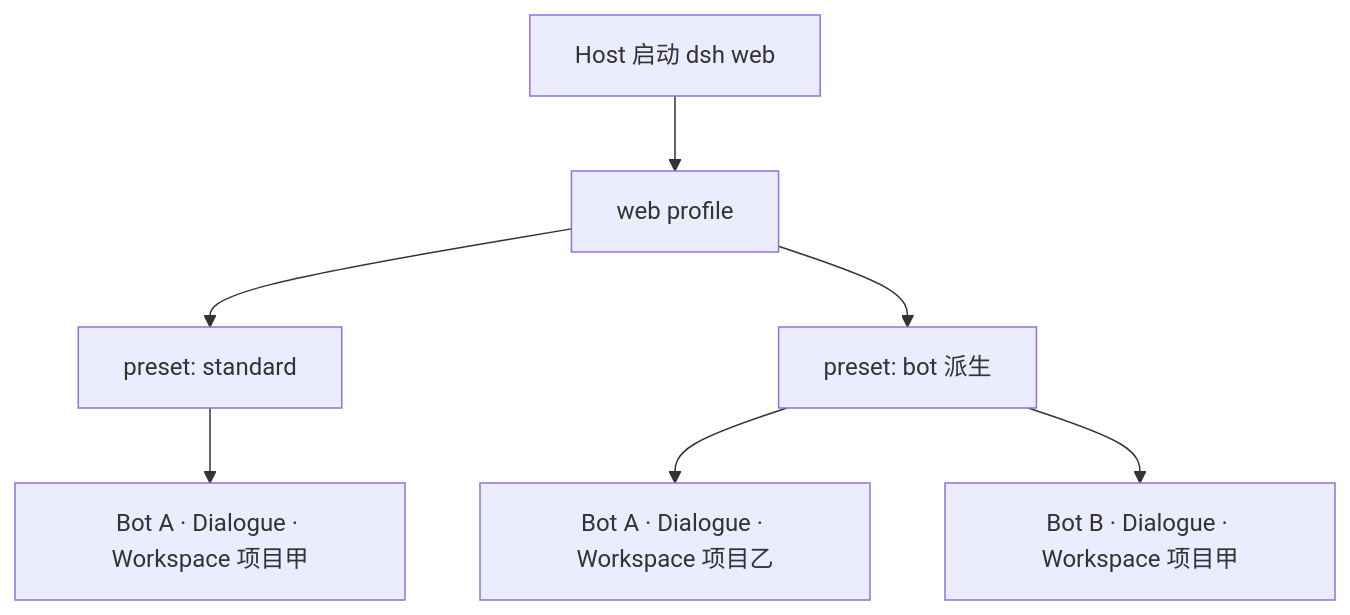
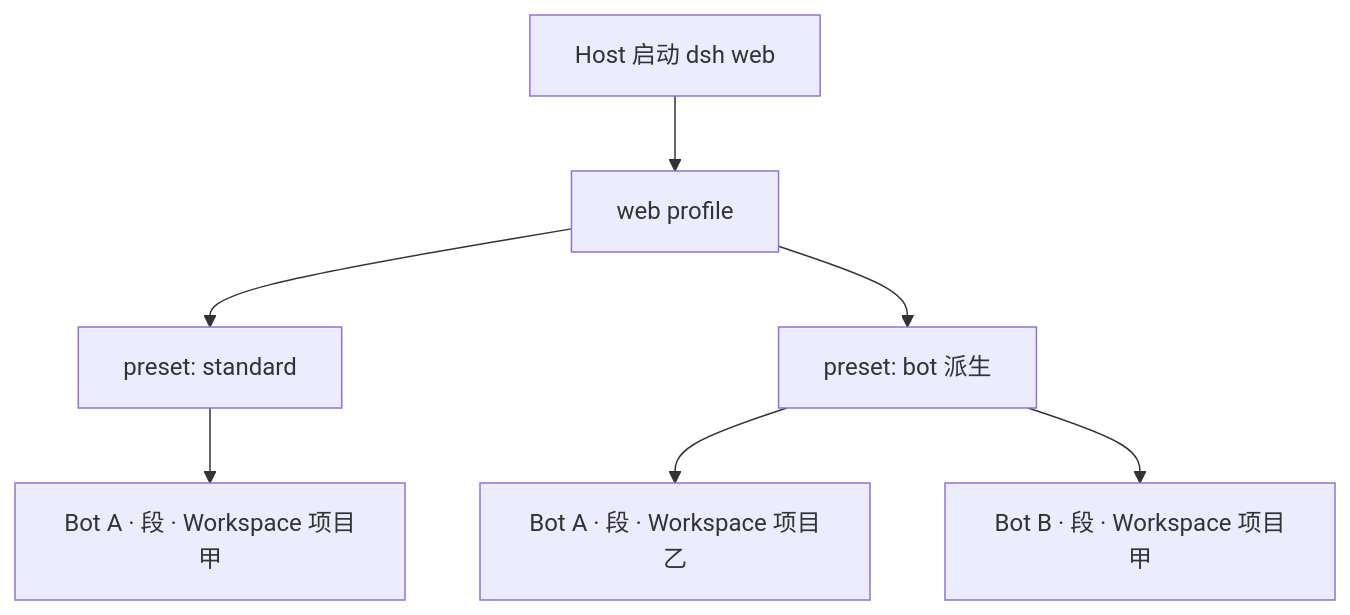
One commit to aningdev/MyAid changed the second of 6 diagrams in docs/BOT_SESSION_MAP.md. Above: the diagram before and after it, drawn with Mermaid. The commit also changed other lines of this file and 58 other files, not shown here.

````diff
--- a/docs/BOT_SESSION_MAP.md
+++ b/docs/BOT_SESSION_MAP.md
@@ -62,11 +58,11 @@
 ```mermaid
 flowchart TB
   host["Host 启动 dsh web"]
   web["web profile"]
   host --> web
   web --> p1["preset: standard"]
   web --> p2["preset: bot 派生"]
-  p1 --> d1["Bot A · Dialogue · Workspace 项目甲"]
-  p2 --> d2["Bot A · Dialogue · Workspace 项目乙"]
-  p2 --> d3["Bot B · Dialogue · Workspace 项目甲"]
+  p1 --> d1["Bot A · 段 · Workspace 项目甲"]
+  p2 --> d2["Bot A · 段 · Workspace 项目乙"]
+  p2 --> d3["Bot B · 段 · Workspace 项目甲"]
 ```
````
